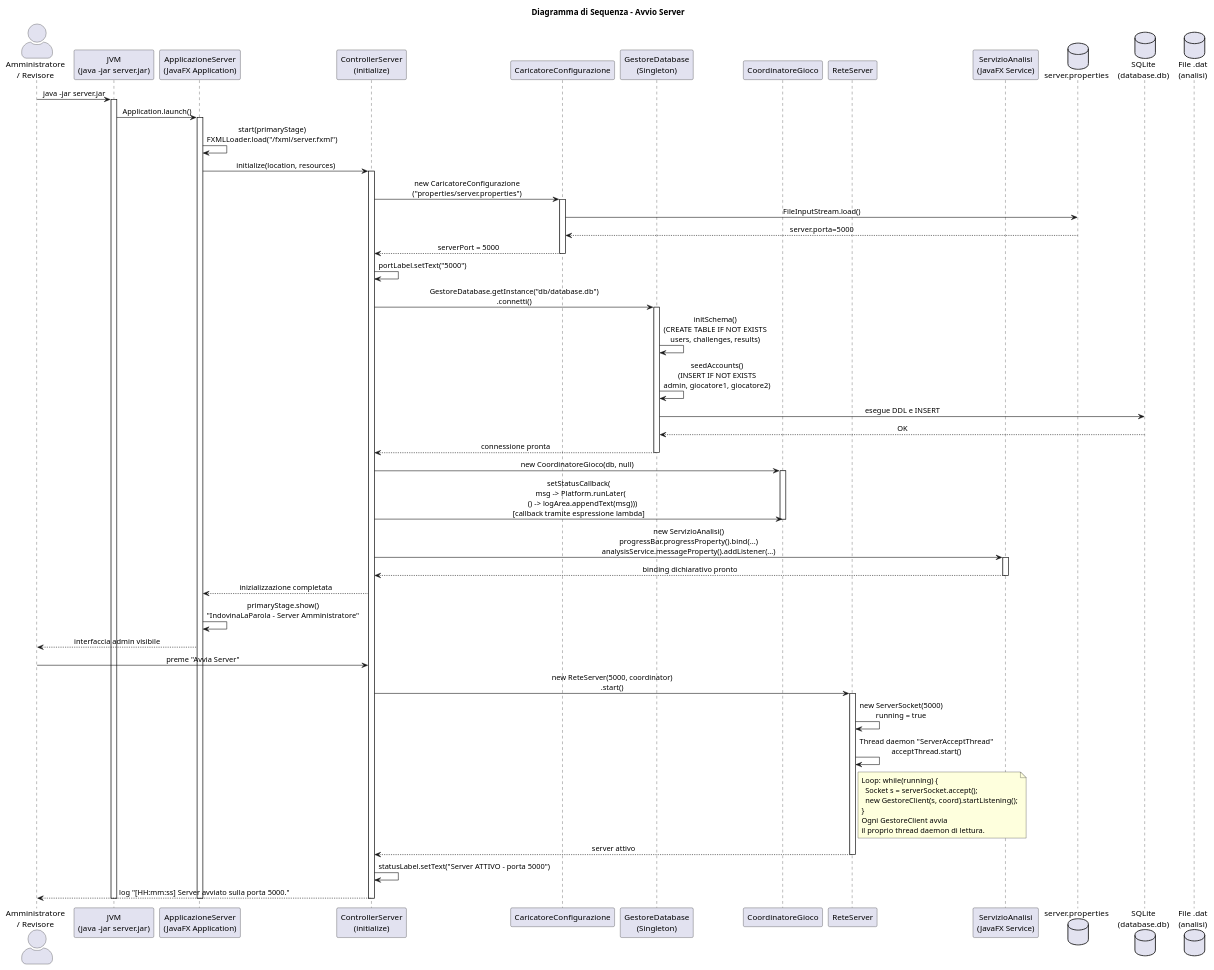
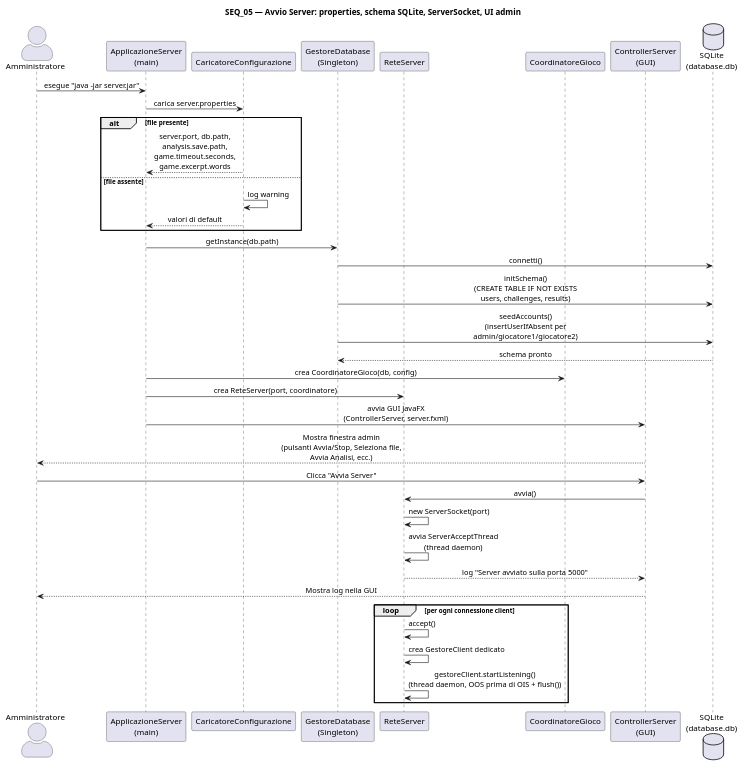
The diagram in Documenti/Diagrammi/SEQ_05_AvvioServer.puml (Michele-Pio-Russo/Progetto_Java_Avanzata_Gruppo_2), drawn with PlantUML before and after one commit. The commit also changed 26 other files, not shown here.

```diff
--- a/Documenti/Diagrammi/SEQ_05_AvvioServer.puml
+++ b/Documenti/Diagrammi/SEQ_05_AvvioServer.puml
@@ -1,85 +1,49 @@
 @startuml SEQ_05_AvvioServer
 skinparam actorStyle awesome
 skinparam sequenceMessageAlign center
 
-title Diagramma di Sequenza - Avvio Server
+title SEQ_05 — Avvio Server: properties, schema SQLite, ServerSocket, UI admin
 
-actor "Amministratore\n/ Revisore" as Admin
-participant "JVM\n(java -jar server.jar)" as JVM
-participant "ApplicazioneServer\n(JavaFX Application)" as App
-participant "ControllerServer\n(initialize)" as Ctrl
-participant "CaricatoreConfigurazione" as Cfg
-participant "GestoreDatabase\n(Singleton)" as DB
-participant "CoordinatoreGioco" as Coord
-participant "ReteServer" as Rete
-participant "ServizioAnalisi\n(JavaFX Service)" as Svc
-database "server.properties" as Props
-database "SQLite\n(database.db)" as SQLite
-database "File .dat\n(analisi)" as DatFile
+actor "Amministratore" as A
+participant "ApplicazioneServer\n(main)" as APP
+participant "CaricatoreConfigurazione" as CFG
+participant "GestoreDatabase\n(Singleton)" as DB_MGR
+participant "ReteServer" as RETE
+participant "CoordinatoreGioco" as COORD
+participant "ControllerServer\n(GUI)" as CS
+database "SQLite\n(database.db)" as DB
 
-Admin -> JVM : java -jar server.jar
-activate JVM
-JVM -> App : Application.launch()
-activate App
+A -> APP : esegue "java -jar server.jar"
+APP -> CFG : carica server.properties
 
-App -> App : start(primaryStage)\nFXMLLoader.load("/fxml/server.fxml")
+alt file presente
+  CFG --> APP : server.port, db.path,\nanalysis.save.path,\ngame.timeout.seconds,\ngame.excerpt.words
+else file assente
+  CFG -> CFG : log warning
+  CFG --> APP : valori di default
+end
 
-App -> Ctrl : initialize(location, resources)
-activate Ctrl
+APP -> DB_MGR : getInstance(db.path)
+DB_MGR -> DB : connetti()
+DB_MGR -> DB : initSchema()\n(CREATE TABLE IF NOT EXISTS\nusers, challenges, results)
+DB_MGR -> DB : seedAccounts()\n(insertUserIfAbsent per\nadmin/giocatore1/giocatore2)
+DB --> DB_MGR : schema pronto
 
-Ctrl -> Cfg : new CaricatoreConfigurazione\n("properties/server.properties")
-activate Cfg
-Cfg -> Props : FileInputStream.load()
-Props --> Cfg : server.porta=5000
-Cfg --> Ctrl : serverPort = 5000
-deactivate Cfg
+APP -> COORD : crea CoordinatoreGioco(db, config)
+APP -> RETE : crea ReteServer(port, coordinatore)
+APP -> CS : avvia GUI JavaFX\n(ControllerServer, server.fxml)
+CS --> A : Mostra finestra admin\n(pulsanti Avvia/Stop, Seleziona file,\nAvvia Analisi, ecc.)
 
-Ctrl -> Ctrl : portLabel.setText("5000")
+A -> CS : Clicca "Avvia Server"
+CS -> RETE : avvia()
+RETE -> RETE : new ServerSocket(port)
+RETE -> RETE : avvia ServerAcceptThread\n(thread daemon)
+RETE --> CS : log "Server avviato sulla porta 5000"
+CS --> A : Mostra log nella GUI
 
-Ctrl -> DB : GestoreDatabase.getInstance("db/database.db")\n.connetti()
-activate DB
-DB -> DB : initSchema()\n(CREATE TABLE IF NOT EXISTS\nusers, challenges, results)
-DB -> DB : seedAccounts()\n(INSERT IF NOT EXISTS\nadmin, giocatore1, giocatore2)
-DB -> SQLite : esegue DDL e INSERT
-SQLite --> DB : OK
-DB --> Ctrl : connessione pronta
-deactivate DB
-
-Ctrl -> Coord : new CoordinatoreGioco(db, null)
-activate Coord
-Ctrl -> Coord : setStatusCallback(\n  msg -> Platform.runLater(\n    () -> logArea.appendText(msg)))\n[callback tramite espressione lambda]
-deactivate Coord
-
-Ctrl -> Svc : new ServizioAnalisi()\nprogressBar.progressProperty().bind(...)\nanalysisService.messageProperty().addListener(...)
-activate Svc
-Svc --> Ctrl : binding dichiarativo pronto
-deactivate Svc
-
-Ctrl --> App : inizializzazione completata
-App -> App : primaryStage.show()\n"IndovinaLaParola - Server Amministratore"
-App --> Admin : interfaccia admin visibile
-
-Admin -> Ctrl : preme "Avvia Server"
-Ctrl -> Rete : new ReteServer(5000, coordinator)\n.start()
-activate Rete
-Rete -> Rete : new ServerSocket(5000)\nrunning = true
-Rete -> Rete : Thread daemon "ServerAcceptThread"\nacceptThread.start()
-note right of Rete
-  Loop: while(running) {
-    Socket s = serverSocket.accept();
-    new GestoreClient(s, coord).startListening();
-  }
-  Ogni GestoreClient avvia
-  il proprio thread daemon di lettura.
-end note
-Rete --> Ctrl : server attivo
-deactivate Rete
-
-Ctrl -> Ctrl : statusLabel.setText("Server ATTIVO - porta 5000")
-Ctrl --> Admin : log "[HH:mm:ss] Server avviato sulla porta 5000."
-
-deactivate Ctrl
-deactivate App
-deactivate JVM
-
+loop per ogni connessione client
+  RETE -> RETE : accept()
+  RETE -> RETE : crea GestoreClient dedicato
+  RETE -> RETE : gestoreClient.startListening()\n(thread daemon, OOS prima di OIS + flush())
+end
 @enduml
```
